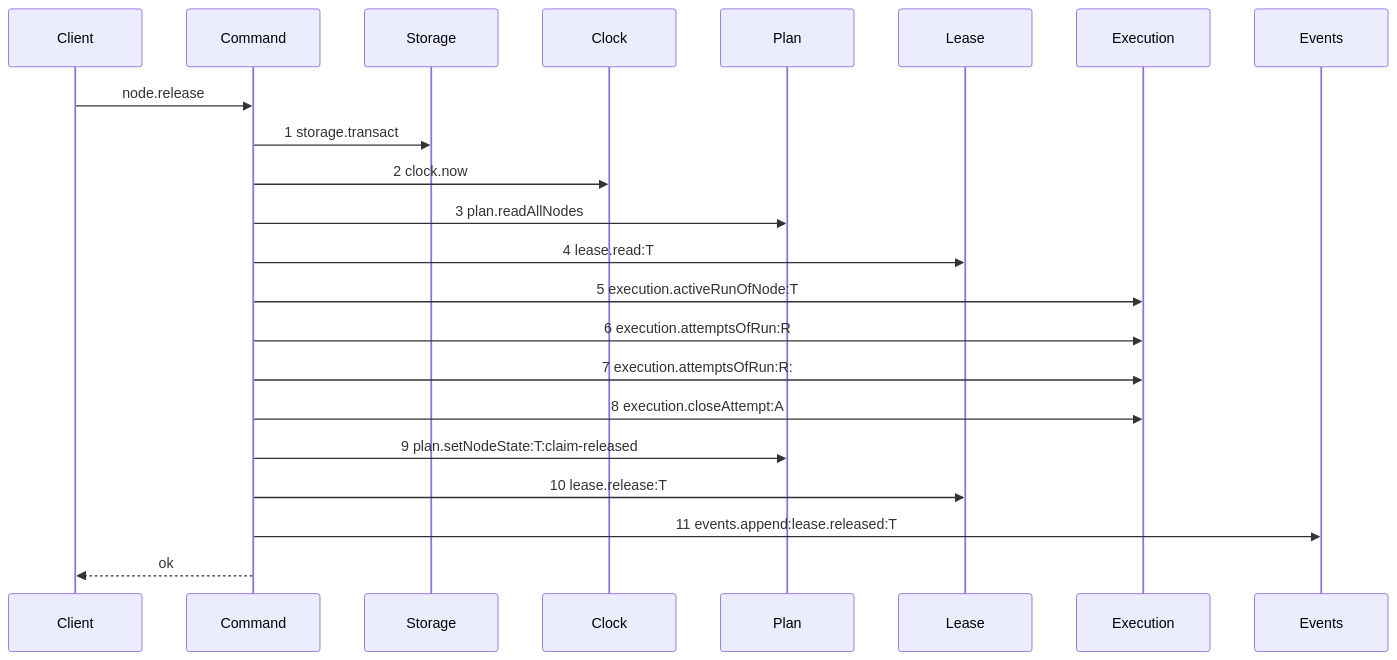
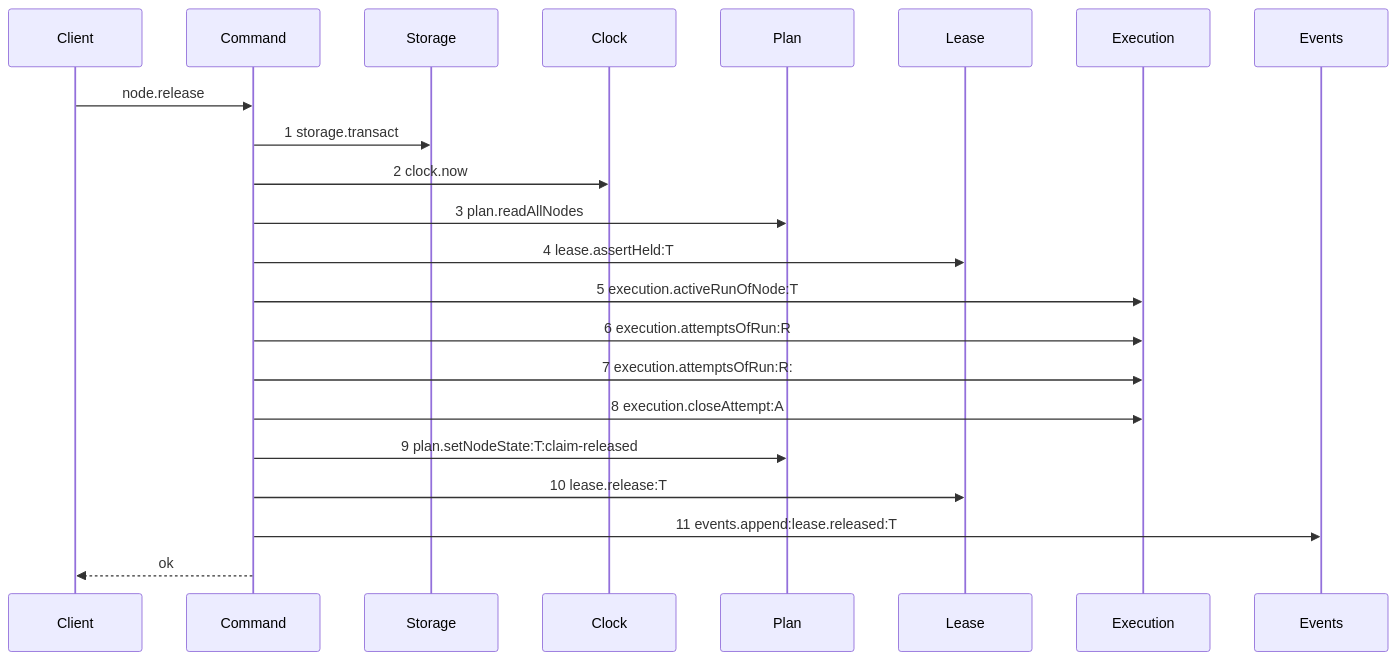
Before and after one commit to kanthorlabs/kanthord-engine: the first of 2 diagrams in .agents/plan/stories/050.2-the-run-renew-release-and-report/05-the-release.md, drawn with Mermaid. The commit also changed other lines of this file and 52 other files, not shown here.

````diff
--- a/.agents/plan/stories/050.2-the-run-renew-release-and-report/05-the-release.md
+++ b/.agents/plan/stories/050.2-the-run-renew-release-and-report/05-the-release.md
@@ -22,24 +22,24 @@
 ```mermaid
 sequenceDiagram
     participant Client
     participant Command
     participant Storage
     participant Clock
     participant Plan
     participant Lease
     participant Execution
     participant Events
     Client->>Command: node.release
     Command->>Storage: 1 storage.transact
     Command->>Clock: 2 clock.now
     Command->>Plan: 3 plan.readAllNodes
-    Command->>Lease: 4 lease.read:T
+    Command->>Lease: 4 lease.assertHeld:T
     Command->>Execution: 5 execution.activeRunOfNode:T
     Command->>Execution: 6 execution.attemptsOfRun:R
     Command->>Execution: 7 execution.attemptsOfRun:R:#2
     Command->>Execution: 8 execution.closeAttempt:A
     Command->>Plan: 9 plan.setNodeState:T:claim-released
     Command->>Lease: 10 lease.release:T
     Command->>Events: 11 events.append:lease.released:T
     Command-->>Client: ok
 ```
````
